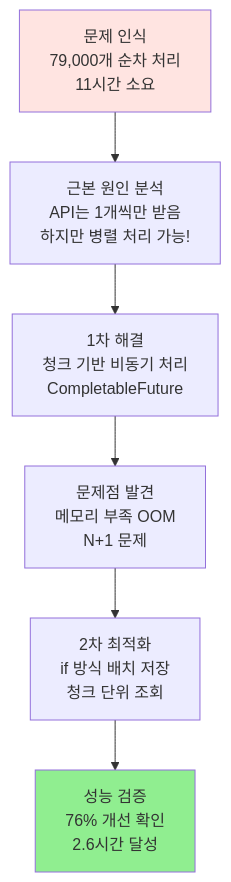
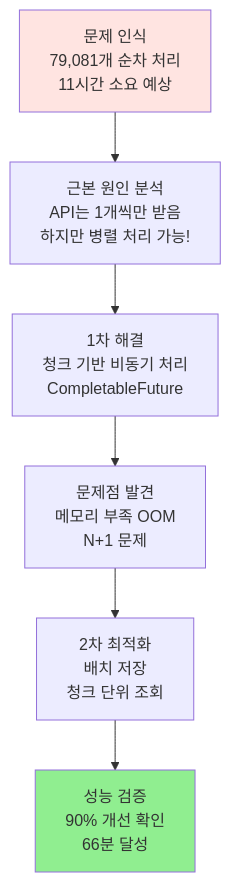
One commit to medical-info-hub/hospitalInfoProject-backend changed the tenth of 11 diagrams in docs/LARGE_SCALE_API_CALL_INFRASTRUCTURE.md. Above: the diagram before and after it, drawn with Mermaid. The commit also changed other lines of this file, not shown here.

````diff
--- a/docs/LARGE_SCALE_API_CALL_INFRASTRUCTURE.md
+++ b/docs/LARGE_SCALE_API_CALL_INFRASTRUCTURE.md
@@ -1411,11 +1043,11 @@
 ```mermaid
 graph TD
-    A[문제 인식<br/>79,000개 순차 처리<br/>11시간 소요] --> B[근본 원인 분석<br/>API는 1개씩만 받음<br/>하지만 병렬 처리 가능!]
+    A[문제 인식<br/>79,081개 순차 처리<br/>11시간 소요 예상] --> B[근본 원인 분석<br/>API는 1개씩만 받음<br/>하지만 병렬 처리 가능!]
     B --> C[1차 해결<br/>청크 기반 비동기 처리<br/>CompletableFuture]
     C --> D[문제점 발견<br/>메모리 부족 OOM<br/>N+1 문제]
-    D --> E[2차 최적화<br/>if 방식 배치 저장<br/>청크 단위 조회]
-    E --> F[성능 검증<br/>76% 개선 확인<br/>2.6시간 달성]
+    D --> E[2차 최적화<br/>배치 저장<br/>청크 단위 조회]
+    E --> F[성능 검증<br/>90% 개선 확인<br/>66분 달성]
 
     style A fill:#FFE4E1
     style F fill:#90EE90
 ```
````
